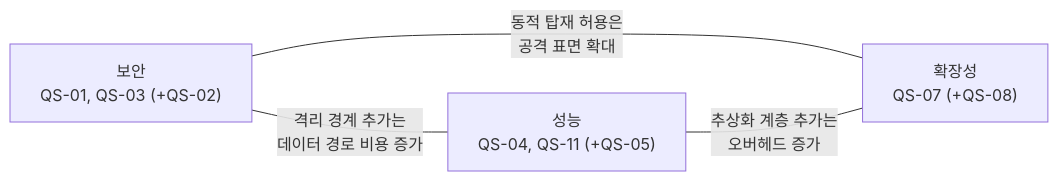
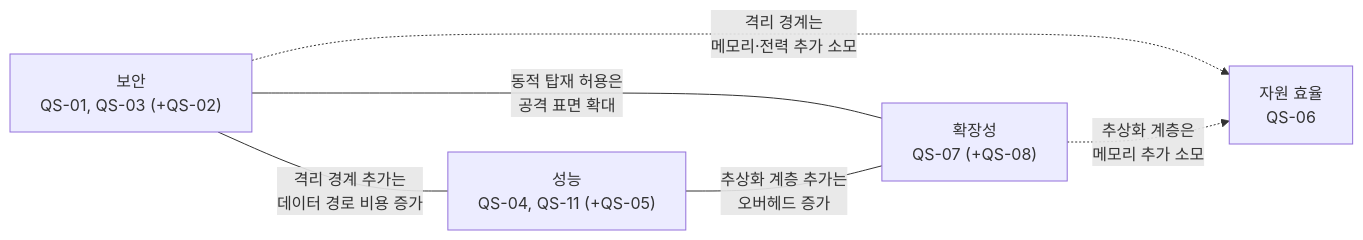
The diagram in docs/03_quality_attribute_workshop.md (boram1288/test-p), drawn with Mermaid before and after one commit. The commit also changed other lines of this file and 1 other file, not shown here.

````diff
--- a/docs/03_quality_attribute_workshop.md
+++ b/docs/03_quality_attribute_workshop.md
@@ -187,10 +188,13 @@
 ```mermaid
 flowchart LR
     SEC["보안<br/>QS-01, QS-03 (+QS-02)"]
     PERF["성능<br/>QS-04, QS-11 (+QS-05)"]
     EXT["확장성<br/>QS-07 (+QS-08)"]
+    RES["자원 효율<br/>QS-06"]
 
     SEC ---|"격리 경계 추가는<br/>데이터 경로 비용 증가"| PERF
     SEC ---|"동적 탑재 허용은<br/>공격 표면 확대"| EXT
     PERF ---|"추상화 계층 추가는<br/>오버헤드 증가"| EXT
+    SEC -.->|"격리 경계는<br/>메모리·전력 추가 소모"| RES
+    EXT -.->|"추상화 계층은<br/>메모리 추가 소모"| RES
 ```
````
